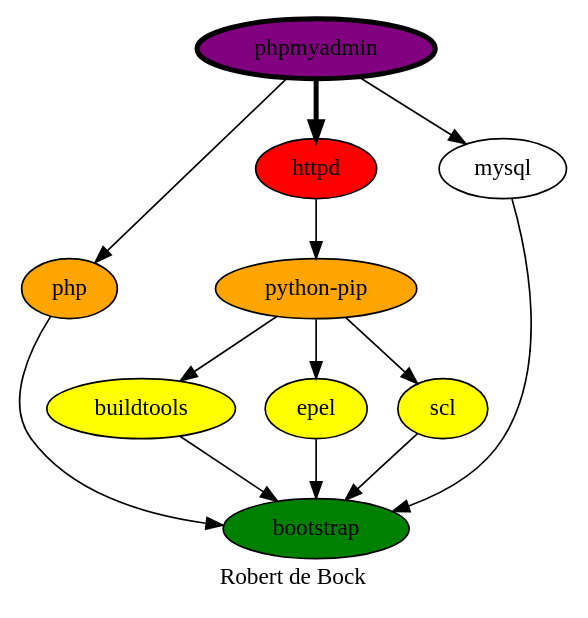
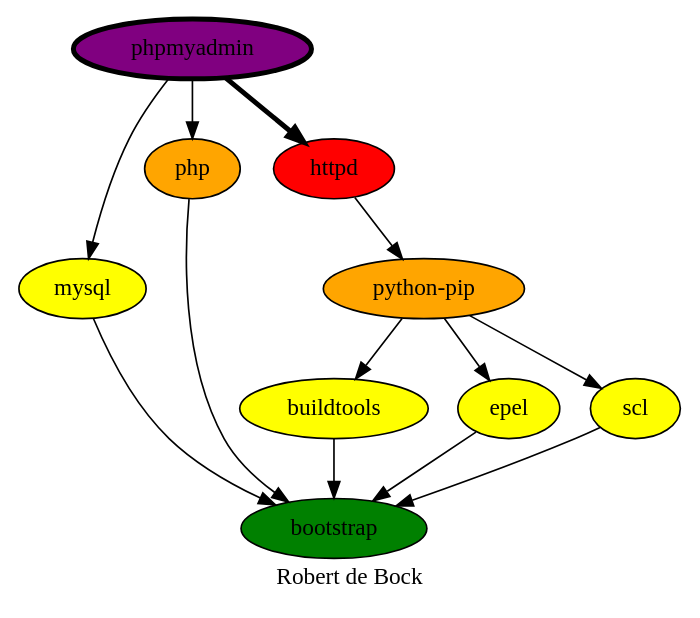
One commit to robertdebock/robertdebock.github.io changed the diagram in phpmyadmin.dot. Above: the diagram before and after it, drawn with Graphviz. The commit also changed 1 other file, not shown here.

```diff
--- a/phpmyadmin.dot
+++ b/phpmyadmin.dot
@@ -1,19 +1,20 @@
 digraph PhiloDilemma {
   label = "Robert de Bock" ;
   overlap=false
   {
     bootstrap [fillcolor=green style=filled]
     buildtools [fillcolor=yellow style=filled]
     epel [fillcolor=yellow style=filled]
+    mysql [fillcolor=yellow style=filled]
     scl [fillcolor=yellow style=filled]
     "python-pip" [fillcolor=orange style=filled]
     php [fillcolor=orange style=filled]
     httpd [fillcolor=red style=filled]
     phpmyadmin [fillcolor=purple style=filled penwidth=3]
   }
   {buildtools epel mysql php scl} -> bootstrap
   "python-pip" -> {buildtools epel scl}
   httpd -> "python-pip"
   phpmyadmin -> {mysql php}
   phpmyadmin -> httpd [penwidth=3]
 }
```
